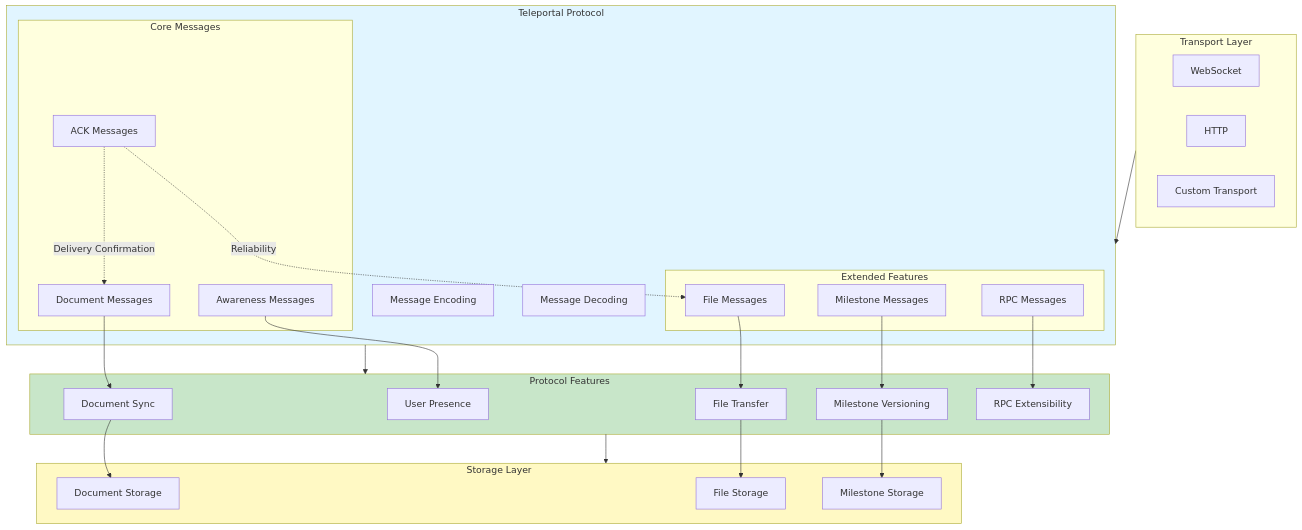
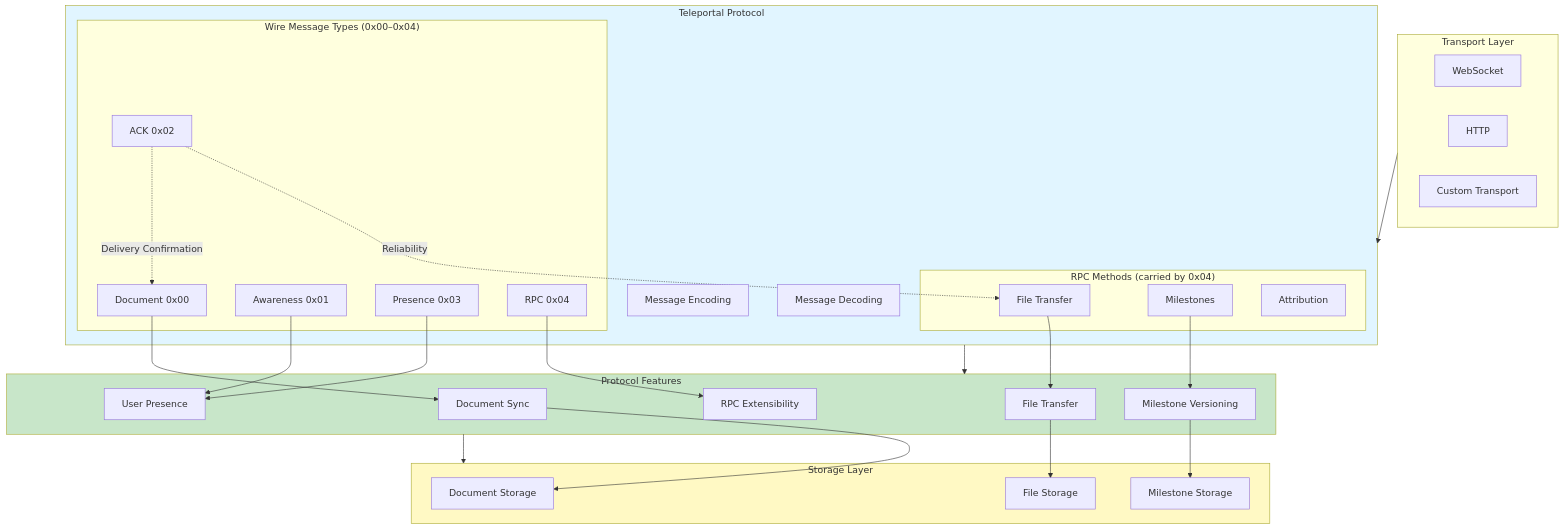
One commit to nperez0111/teleportal changed diagram 16 of 17 in docs/src/content/docs/advanced/protocol.mdx. Above: the diagram before and after it, drawn with Mermaid. The commit also changed other lines of this file and 113 other files, not shown here.

````diff
--- a/docs/src/content/docs/advanced/protocol.mdx
+++ b/docs/src/content/docs/advanced/protocol.mdx
@@ -822,60 +628,63 @@
 ```mermaid
 graph TB
     subgraph Transport["Transport Layer"]
         WS[WebSocket]
         HTTP[HTTP]
         CUSTOM[Custom Transport]
     end
 
     subgraph Protocol["Teleportal Protocol"]
-        subgraph Core["Core Messages"]
-            DOC[Document Messages]
-            AWARE[Awareness Messages]
-            ACK[ACK Messages]
+        subgraph Core["Wire Message Types (0x00–0x04)"]
+            DOC[Document 0x00]
+            AWARE[Awareness 0x01]
+            ACK[ACK 0x02]
+            PRESENCE[Presence 0x03]
+            RPC[RPC 0x04]
         end
 
-        subgraph Extended["Extended Features"]
-            FILE[File Messages]
-            MILESTONE[Milestone Messages]
-            RPC[RPC Messages]
+        subgraph Extended["RPC Methods (carried by 0x04)"]
+            FILE[File Transfer]
+            MILESTONE[Milestones]
+            ATTR[Attribution]
         end
 
         ENCODE[Message Encoding]
         DECODE[Message Decoding]
     end
 
     subgraph Features["Protocol Features"]
         SYNC[Document Sync]
-        PRESENCE[User Presence]
+        USERPRESENCE[User Presence]
         TRANSFER[File Transfer]
         VERSIONING[Milestone Versioning]
         EXTENSIBILITY[RPC Extensibility]
     end
 
     subgraph Storage["Storage Layer"]
         DOC_STORE[Document Storage]
         FILE_STORE[File Storage]
         MILESTONE_STORE[Milestone Storage]
     end
 
     Transport --> Protocol
     Protocol --> Features
     Features --> Storage
 
     DOC --> SYNC
-    AWARE --> PRESENCE
+    AWARE --> USERPRESENCE
+    PRESENCE --> USERPRESENCE
     FILE --> TRANSFER
     MILESTONE --> VERSIONING
     RPC --> EXTENSIBILITY
 
     ACK -.->|Reliability| FILE
     ACK -.->|Delivery Confirmation| DOC
 
     SYNC --> DOC_STORE
     TRANSFER --> FILE_STORE
     VERSIONING --> MILESTONE_STORE
 
     style Protocol fill:#e1f5ff
     style Features fill:#c8e6c9
     style Storage fill:#fff9c4
 ```
````
